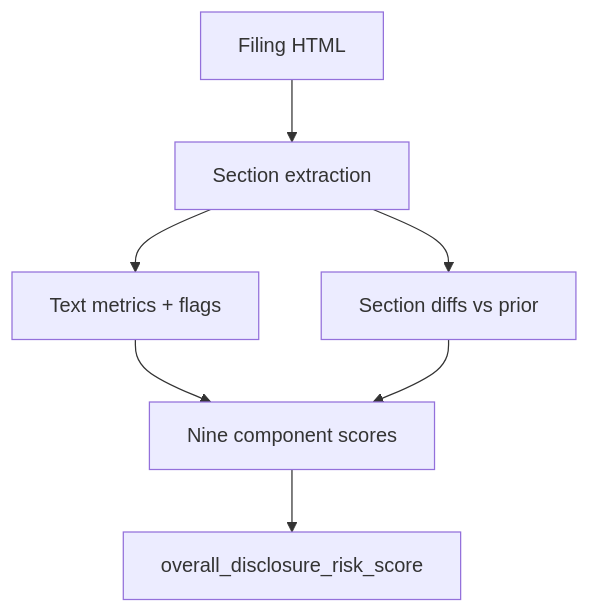
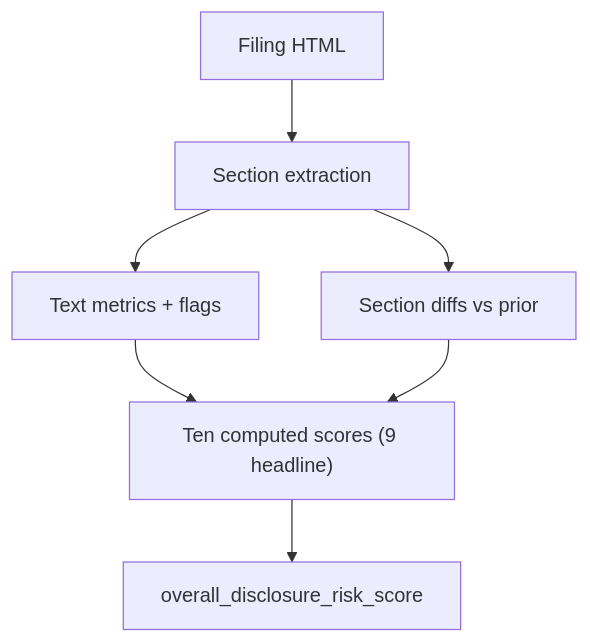
One commit to alwank/disclosure-alpha changed the diagram in docs/getting-started/understanding-scores.md. Above: the diagram before and after it, drawn with Mermaid. The commit also changed other lines of this file and 87 other files, not shown here.

````diff
--- a/docs/getting-started/understanding-scores.md
+++ b/docs/getting-started/understanding-scores.md
@@ -20,16 +32,16 @@
 ```mermaid
 flowchart TB
   html["Filing HTML"]
   sections["Section extraction"]
   metrics["Text metrics + flags"]
   diffs["Section diffs vs prior"]
-  components["Nine component scores"]
+  components["Ten computed scores (9 headline)"]
   overall["overall_disclosure_risk_score"]
 
   html --> sections
   sections --> metrics
   sections --> diffs
   metrics --> components
   diffs --> components
   components --> overall
 ```
````
